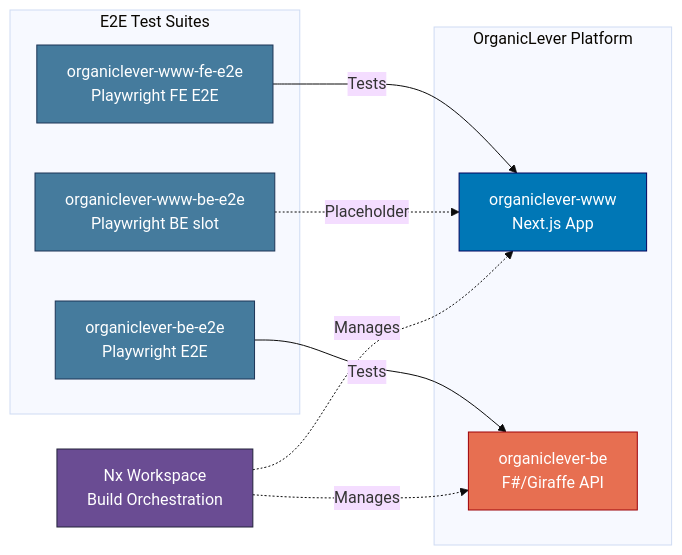
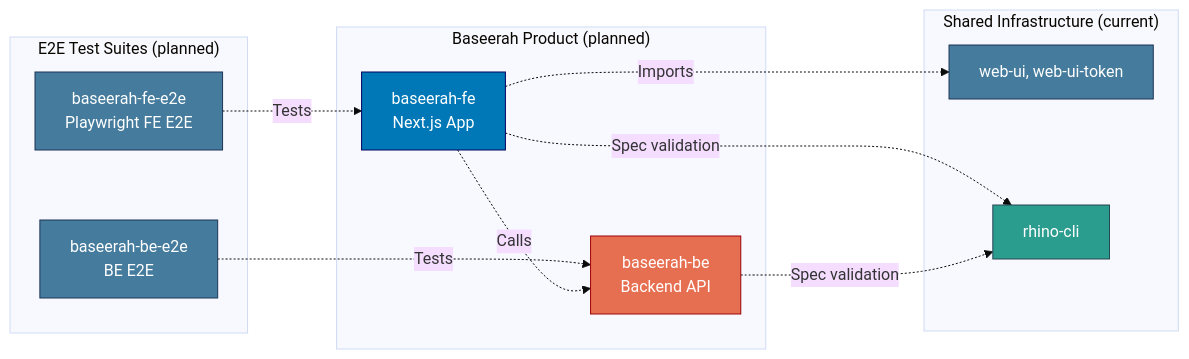
The second of 2 diagrams in docs/reference/system-architecture/applications.md (wahidyankf/baseerah), drawn with Mermaid (base theme) before and after one commit. The commit also changed other lines of this file and 2059 other files, not shown here.

````diff
--- a/docs/reference/system-architecture/applications.md
+++ b/docs/reference/system-architecture/applications.md
@@ -277,28 +86,31 @@
 ```mermaid
 graph LR
-    subgraph "OrganicLever Platform"
-        OL_FE[organiclever-www<br/>Next.js App]
-        OL_BE[organiclever-be<br/>F#/Giraffe API]
+    subgraph "Baseerah Product (planned)"
+        FE[baseerah-fe<br/>Next.js App]
+        BE[baseerah-be<br/>Backend API]
     end
 
-    subgraph "E2E Test Suites"
-        OL_WWW_FE_E2E[organiclever-www-fe-e2e<br/>Playwright FE E2E]
-        OL_WWW_BE_E2E[organiclever-www-be-e2e<br/>Playwright BE slot]
-        OL_BE_E2E[organiclever-be-e2e<br/>Playwright E2E]
+    subgraph "E2E Test Suites (planned)"
+        FE_E2E[baseerah-fe-e2e<br/>Playwright FE E2E]
+        BE_E2E[baseerah-be-e2e<br/>BE E2E]
     end
 
-    NX[Nx Workspace<br/>Build Orchestration]
+    subgraph "Shared Infrastructure (current)"
+        LIBS[web-ui, web-ui-token]
+        RHINO[rhino-cli]
+    end
 
-    OL_WWW_FE_E2E -->|Tests| OL_FE
-    OL_WWW_BE_E2E -.->|Placeholder| OL_FE
-    OL_BE_E2E -->|Tests| OL_BE
-    NX -.->|Manages| OL_FE
-    NX -.->|Manages| OL_BE
+    FE_E2E -.->|Tests| FE
+    BE_E2E -.->|Tests| BE
+    FE -.->|Calls| BE
+    FE -.->|Imports| LIBS
+    FE -.->|Spec validation| RHINO
+    BE -.->|Spec validation| RHINO
 
-    style OL_FE fill:#0077b6,stroke:#03045e,color:#ffffff
-    style OL_BE fill:#e76f51,stroke:#9d0208,color:#ffffff
-    style OL_WWW_FE_E2E fill:#457b9d,stroke:#1d3557,color:#ffffff
-    style OL_WWW_BE_E2E fill:#457b9d,stroke:#1d3557,color:#ffffff
-    style OL_BE_E2E fill:#457b9d,stroke:#1d3557,color:#ffffff
-    style NX fill:#6a4c93,stroke:#22223b,color:#ffffff
+    style FE fill:#0077b6,stroke:#03045e,color:#ffffff
+    style BE fill:#e76f51,stroke:#9d0208,color:#ffffff
+    style FE_E2E fill:#457b9d,stroke:#1d3557,color:#ffffff
+    style BE_E2E fill:#457b9d,stroke:#1d3557,color:#ffffff
+    style LIBS fill:#457b9d,stroke:#1d3557,color:#ffffff
+    style RHINO fill:#2a9d8f,stroke:#264653,color:#ffffff
 ```
````
